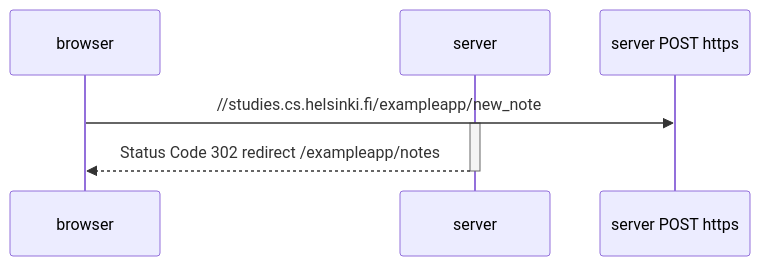
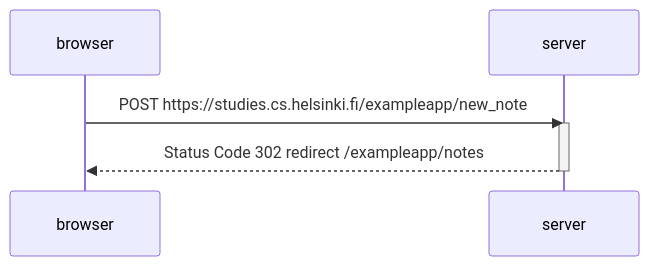
The diagram in 0.4_NewNoteDiagram.md (hiacarvalho/Fullstack), drawn with Mermaid before and after one commit.

````diff
--- a/0.4_NewNoteDiagram.md
+++ b/0.4_NewNoteDiagram.md
@@ -1,10 +1,10 @@
 ```mermaid
 sequenceDiagram
     participant browser
     participant server
 
-    browser->>server POST https://studies.cs.helsinki.fi/exampleapp/new_note
+    browser->>server: POST https://studies.cs.helsinki.fi/exampleapp/new_note
     activate server
     server-->>browser: Status Code 302 redirect /exampleapp/notes
     deactivate server
 ```
````
